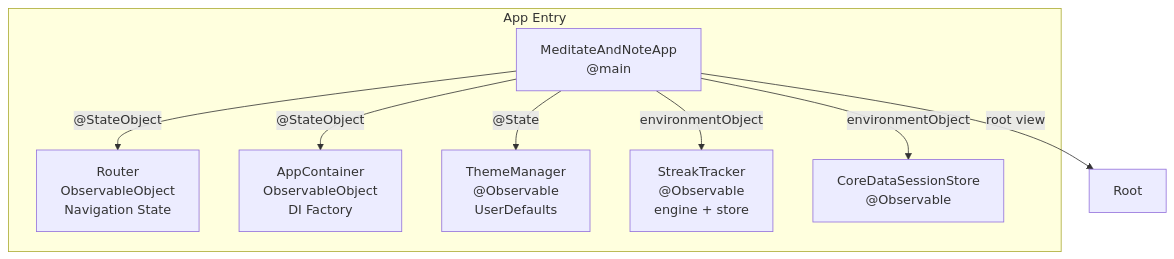
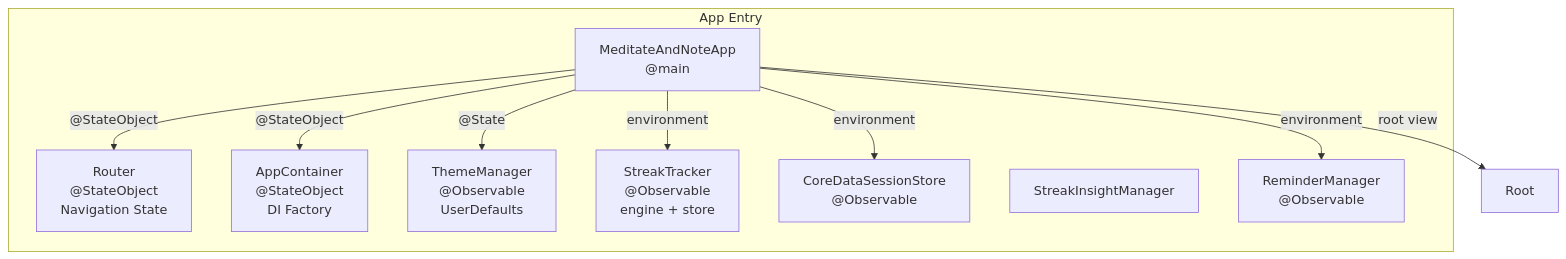
One commit to kwazzar/MeditateAndNote changed the first of 8 diagrams in ARCHITECTURE.md. Above: the diagram before and after it, drawn with Mermaid. The commit also changed other lines of this file, not shown here.

Commit message:
docs: update ARCHITECTURE.md for onboarding, reminders, streak insights and concurrency changes

````diff
--- a/ARCHITECTURE.md
+++ b/ARCHITECTURE.md
@@ -24,18 +33,21 @@
 ```mermaid
 graph TB
     subgraph Entry["App Entry"]
         App["MeditateAndNoteApp<br/>@main"]
-        Router["Router<br/>ObservableObject<br/>Navigation State"]
-        Container["AppContainer<br/>ObservableObject<br/>DI Factory"]
+        Router["Router<br/>@StateObject<br/>Navigation State"]
+        Container["AppContainer<br/>@StateObject<br/>DI Factory"]
         Theme["ThemeManager<br/>@Observable<br/>UserDefaults"]
         Streak["StreakTracker<br/>@Observable<br/>engine + store"]
         SessionStore["CoreDataSessionStore<br/>@Observable"]
+        Insights["StreakInsightManager"]
+        Reminders["ReminderManager<br/>@Observable"]
     end
 
     App -->|"@StateObject"| Router
     App -->|"@StateObject"| Container
     App -->|"@State"| Theme
-    App -->|"environmentObject"| Streak
-    App -->|"environmentObject"| SessionStore
+    App -->|"environment"| Streak
+    App -->|"environment"| SessionStore
+    App -->|"environment"| Reminders
     App -->|"root view"| Root
 ```
````
